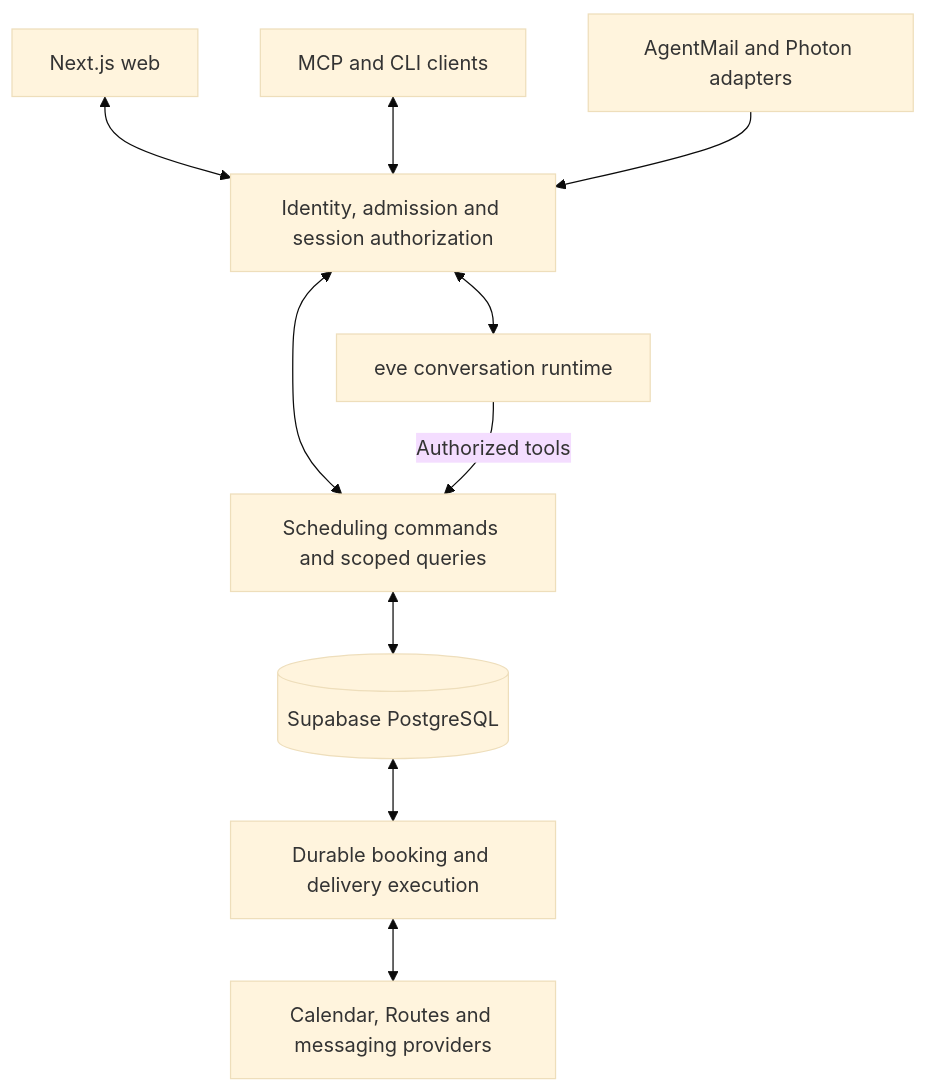
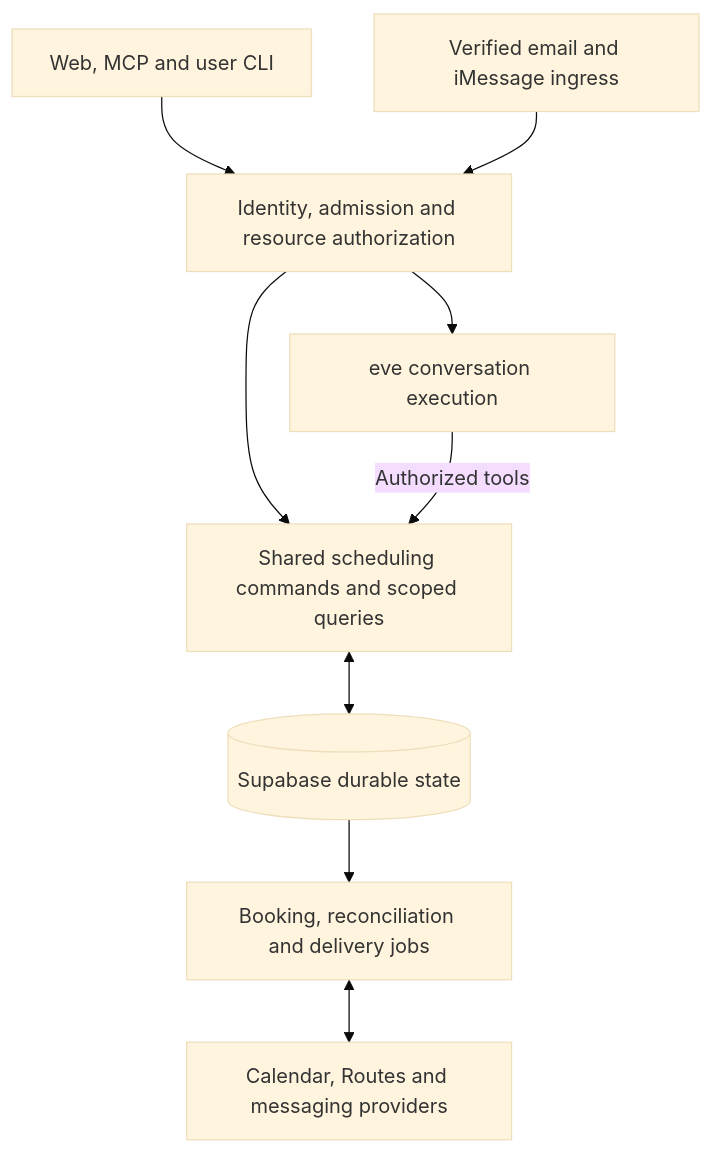
Before and after one commit to snuhcs-course/swpp-2026-project-team-01: the diagram in documentations/03_technical_specification.md, drawn with Mermaid (base theme). The commit also changed other lines of this file and 1026 other files, not shown here.

````diff
--- a/documentations/03_technical_specification.md
+++ b/documentations/03_technical_specification.md
@@ -40,21 +31,11 @@
 ```mermaid
 flowchart TD
-    W[Next.js web]
-    A[MCP and CLI clients]
-    C[AgentMail and Photon adapters]
-    I[Identity, admission and session authorization]
-    E[eve conversation runtime]
-    D[Scheduling commands and scoped queries]
-    DB[(Supabase PostgreSQL)]
-    J[Durable booking and delivery execution]
-    P[Calendar, Routes and messaging providers]
-    W <--> I
-    A <--> I
-    C --> I
-    I <--> E
-    I <--> D
+    W[Web, MCP and user CLI] --> A[Identity, admission and resource authorization]
+    C[Verified email and iMessage ingress] --> A
+    A --> E[eve conversation execution]
+    A --> D[Shared scheduling commands and scoped queries]
     E -->|Authorized tools| D
-    D <--> DB
-    DB <--> J
-    J <--> P
+    D <--> DB[(Supabase durable state)]
+    DB --> J[Booking, reconciliation and delivery jobs]
+    J <--> P[Calendar, Routes and messaging providers]
 ```
````
